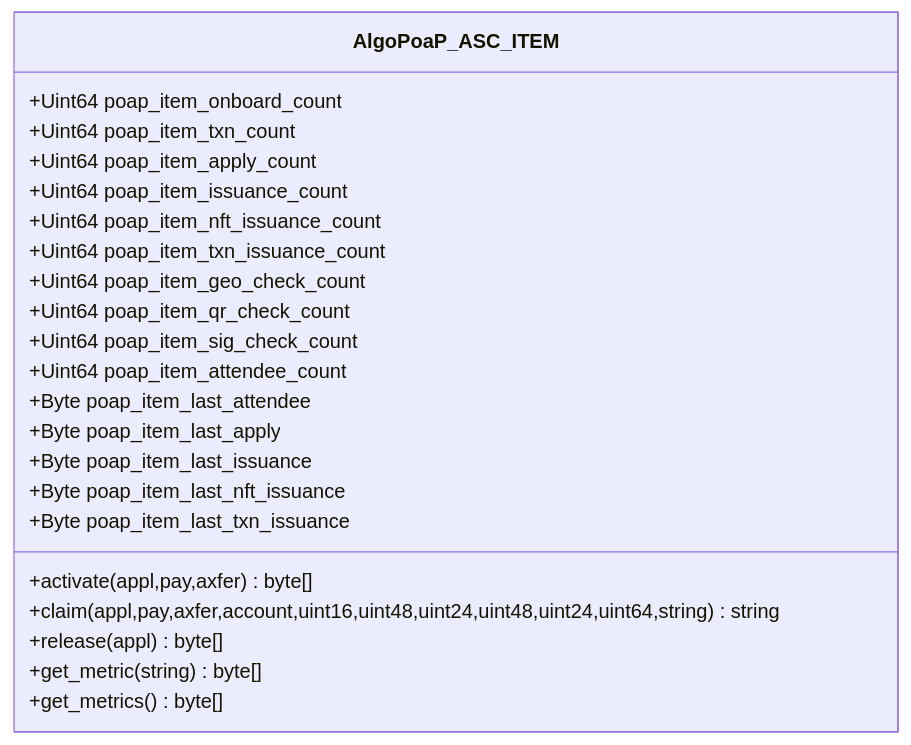
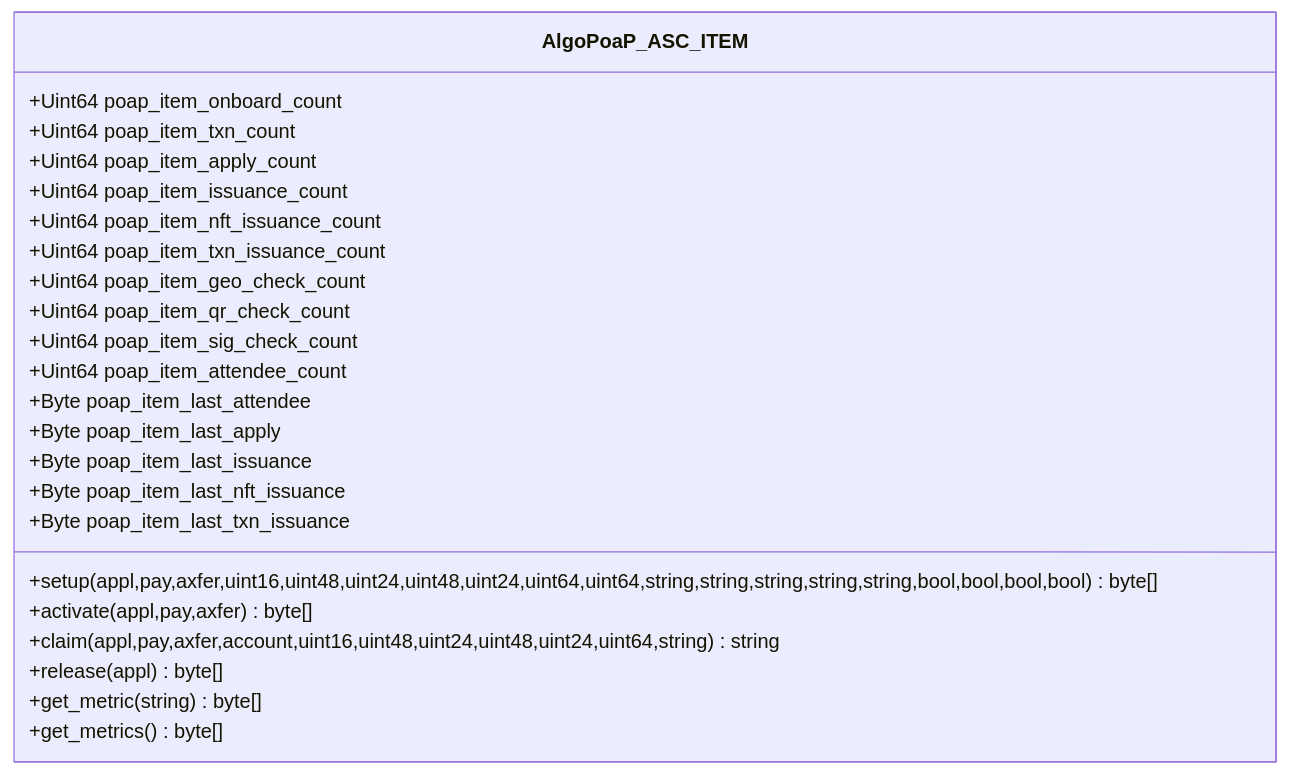
The tenth of 10 diagrams in profile/README.md (GoPlausible/.github), drawn with Mermaid before and after one commit.

````diff
--- a/profile/README.md
+++ b/profile/README.md
@@ -502,29 +502,30 @@
 ```mermaid
   classDiagram
     class AlgoPoaP_ASC_ITEM
     AlgoPoaP_ASC_ITEM : +Uint64 poap_item_onboard_count
     AlgoPoaP_ASC_ITEM : +Uint64 poap_item_txn_count
     AlgoPoaP_ASC_ITEM : +Uint64 poap_item_apply_count
     AlgoPoaP_ASC_ITEM : +Uint64 poap_item_issuance_count
     AlgoPoaP_ASC_ITEM : +Uint64 poap_item_nft_issuance_count
     AlgoPoaP_ASC_ITEM : +Uint64 poap_item_txn_issuance_count
 
     AlgoPoaP_ASC_ITEM : +Uint64 poap_item_geo_check_count
     AlgoPoaP_ASC_ITEM : +Uint64 poap_item_qr_check_count
     AlgoPoaP_ASC_ITEM : +Uint64 poap_item_sig_check_count
 
     AlgoPoaP_ASC_ITEM : +Uint64 poap_item_attendee_count
     AlgoPoaP_ASC_ITEM : +Byte poap_item_last_attendee
     AlgoPoaP_ASC_ITEM : +Byte poap_item_last_apply
     AlgoPoaP_ASC_ITEM : +Byte poap_item_last_issuance
     AlgoPoaP_ASC_ITEM : +Byte poap_item_last_nft_issuance
     AlgoPoaP_ASC_ITEM : +Byte poap_item_last_txn_issuance
+    AlgoPoaP_ASC_ITEM : +setup(appl,pay,axfer,uint16,uint48,uint24,uint48,uint24,uint64,uint64,string,string,string,string,string,bool,bool,bool,bool)byte[]
     AlgoPoaP_ASC_ITEM : +activate(appl,pay,axfer)byte[]
     AlgoPoaP_ASC_ITEM : +claim(appl,pay,axfer,account,uint16,uint48,uint24,uint48,uint24,uint64,string)string
     AlgoPoaP_ASC_ITEM : +release(appl)byte[]
     AlgoPoaP_ASC_ITEM : +get_metric(string)byte[]
     AlgoPoaP_ASC_ITEM : +get_metrics()byte[]
     
   
     
 ```
````
